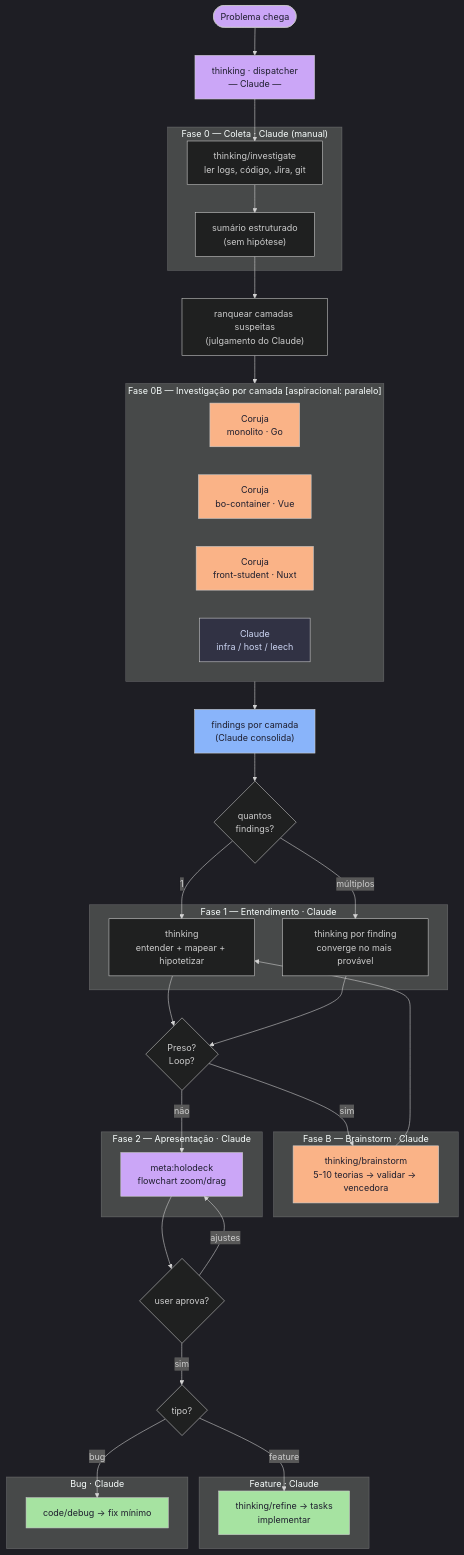
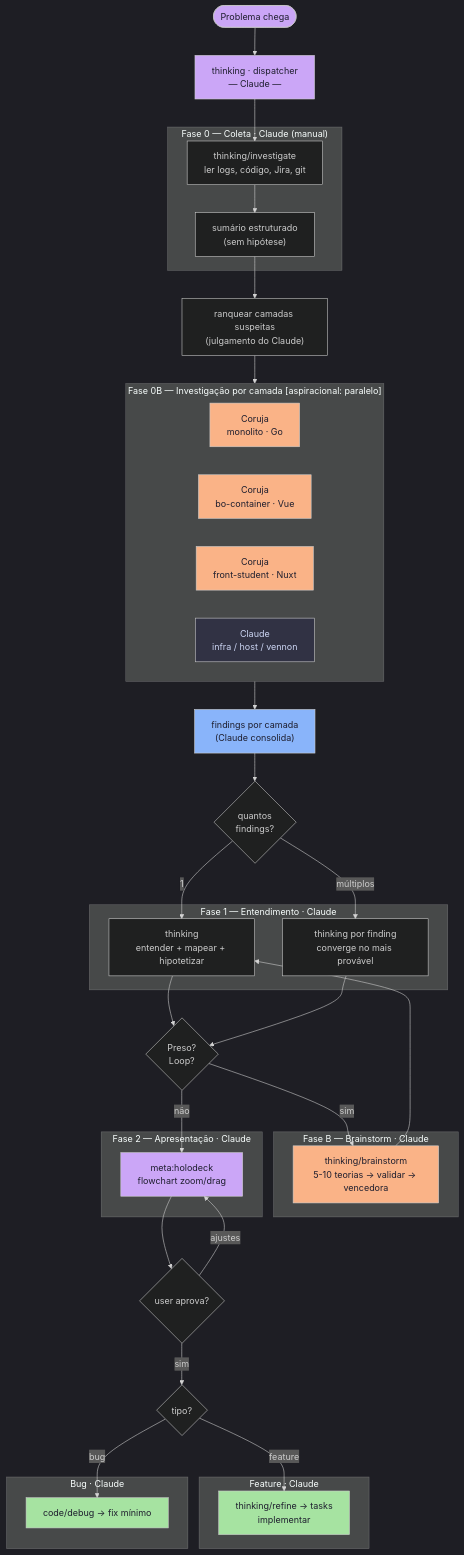
Before and after one commit to autibequi/nixos: the diagram in vennon/self/shadow/limbo/skillchain.md, drawn with Mermaid. The commit also changed other lines of this file and 138 other files, not shown here.

First line of the commit message:
refactor: rename Leech to Vennon across configurations and documentation

````diff
--- a/vennon/self/shadow/limbo/skillchain.md
+++ b/vennon/self/shadow/limbo/skillchain.md
@@ -15,76 +15,76 @@
 ```mermaid
 %%{init: {'theme': 'dark'}}%%
 flowchart TD
     START([Problema chega]) --> THINKING
 
     THINKING["thinking · dispatcher\n— Claude —"]
     THINKING --> INVESTIGATE
 
     subgraph FASE0["Fase 0 — Coleta  ·  Claude (manual)"]
         INVESTIGATE["thinking/investigate\nler logs, código, Jira, git"]
         INVESTIGATE --> SUMMARY["sumário estruturado\n(sem hipótese)"]
     end
 
     SUMMARY --> RANK["ranquear camadas suspeitas\n(julgamento do Claude)"]
 
     RANK --> AGENTS
 
     subgraph AGENTS["Fase 0B — Investigação por camada  [aspiracional: paralelo]"]
         AG_MON["Coruja\nmonolito · Go"]
         AG_BO["Coruja\nbo-container · Vue"]
         AG_FRONT["Coruja\nfront-student · Nuxt"]
-        AG_OTHER["Claude\ninfra / host / leech"]
+        AG_OTHER["Claude\ninfra / host / vennon"]
     end
 
     AGENTS --> FINDINGS["findings por camada\n(Claude consolida)"]
 
     FINDINGS --> NFINDINGS{"quantos\nfindings?"}
     NFINDINGS -->|"1"| UNDERSTAND
     NFINDINGS -->|"múltiplos"| UNDERSTAND_M
 
     subgraph FASE1["Fase 1 — Entendimento  ·  Claude"]
         UNDERSTAND["thinking\nentender + mapear + hipotetizar"]
         UNDERSTAND_M["thinking por finding\nconverge no mais provável"]
     end
 
     UNDERSTAND & UNDERSTAND_M --> STUCK{"Preso?\nLoop?"}
     STUCK -->|sim| BRAINSTORM
 
     subgraph FASEB["Fase B — Brainstorm  ·  Claude"]
         BRAINSTORM["thinking/brainstorm\n5-10 teorias → validar → vencedora"]
     end
 
     BRAINSTORM --> UNDERSTAND
     STUCK -->|não| PRESENT
 
     subgraph FASE2["Fase 2 — Apresentação  ·  Claude"]
         PRESENT["meta:holodeck\nflowchart zoom/drag"]
     end
 
     PRESENT --> VALIDATE{"user aprova?"}
     VALIDATE -->|ajustes| PRESENT
     VALIDATE -->|sim| GATE{"tipo?"}
 
     GATE -->|"feature"| REFINE
     GATE -->|"bug"| DEBUG
 
     subgraph FASE3A["Feature  ·  Claude"]
         REFINE["thinking/refine → tasks\nimplementar"]
     end
 
     subgraph FASE3B["Bug  ·  Claude"]
         DEBUG["code/debug → fix mínimo"]
     end
 
     style START fill:#cba6f7,color:#1e1e2e
     style THINKING fill:#cba6f7,color:#1e1e2e
     style AG_MON fill:#fab387,color:#1e1e2e
     style AG_BO fill:#fab387,color:#1e1e2e
     style AG_FRONT fill:#fab387,color:#1e1e2e
     style AG_OTHER fill:#313244,color:#cdd6f4
     style FINDINGS fill:#89b4fa,color:#1e1e2e
     style BRAINSTORM fill:#fab387,color:#1e1e2e
     style PRESENT fill:#cba6f7,color:#1e1e2e
     style REFINE fill:#a6e3a1,color:#1e1e2e
     style DEBUG fill:#a6e3a1,color:#1e1e2e
 ```
````
